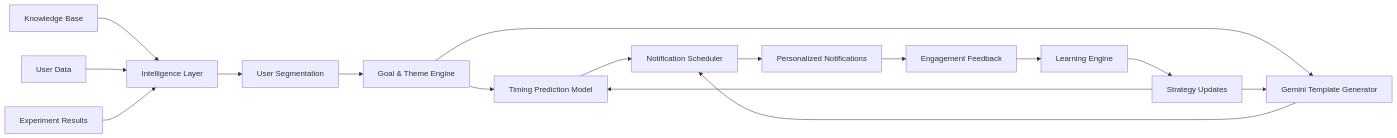
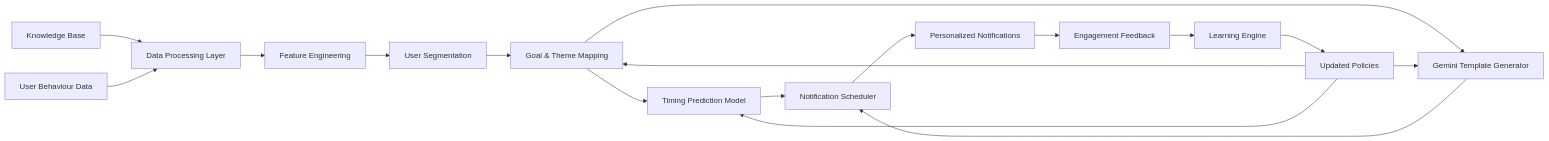
The diagram in README.md (Taatvik/Project-Aurora), drawn with Mermaid before and after one commit.

Commit message:
Update flowchart in README for clarity

````diff
--- a/README.md
+++ b/README.md
@@ -35,33 +35,33 @@
 ```mermaid
 flowchart LR
 
 A[Knowledge Base]
-B[User Data]
-C[Experiment Results]
+B[User Behaviour Data]
 
-A --> D[Intelligence Layer]
-B --> D
-C --> D
+A --> C[Data Processing Layer]
+B --> C
+
+C --> D[Feature Engineering]
 
 D --> E[User Segmentation]
 
-E --> F[Goal & Theme Engine]
+E --> F[Goal & Theme Mapping]
 
 F --> G[Timing Prediction Model]
-
 F --> H[Gemini Template Generator]
 
 G --> I[Notification Scheduler]
 H --> I
 
 I --> J[Personalized Notifications]
 
 J --> K[Engagement Feedback]
 
 K --> L[Learning Engine]
 
-L --> M[Strategy Updates]
+L --> M[Updated Policies]
 
+M --> F
 M --> G
 M --> H
 ```
````
